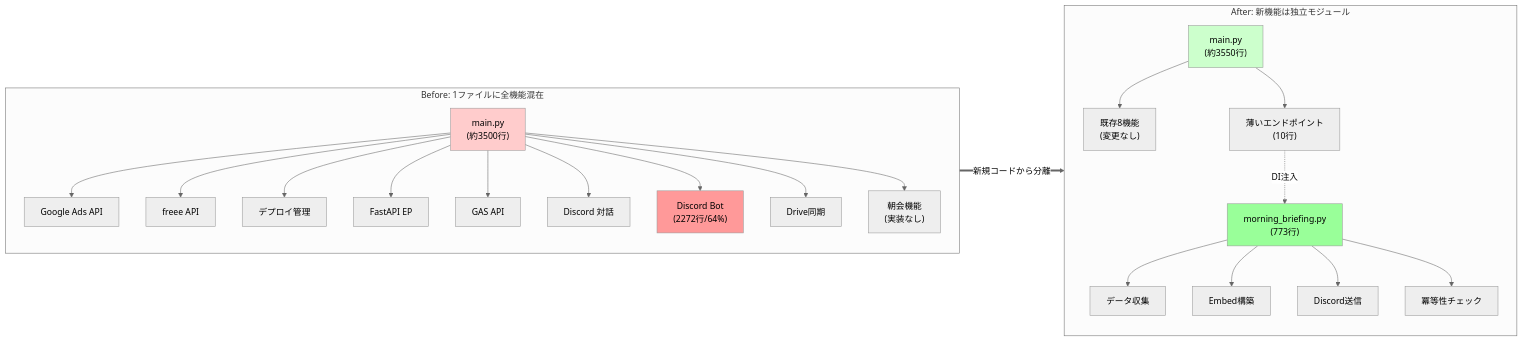
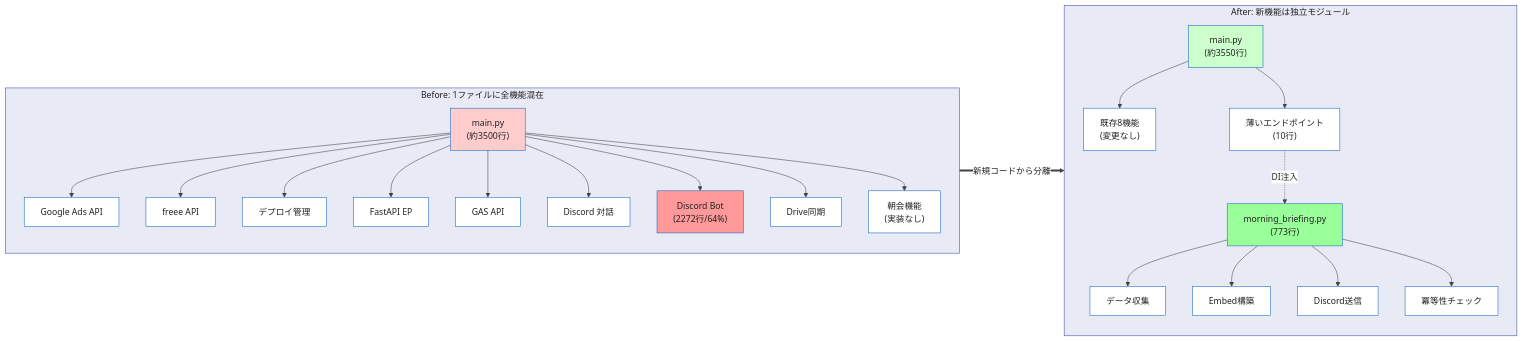
Before and after one commit to correlate000/public-zenn-docs: the second of 2 diagrams in articles/python-module-splitting.md, drawn with Mermaid. The commit also changed other lines of this file and 10 other files, not shown here.

First line of the commit message:
feat: Mermaid図にWCAG AA準拠の配色を適用

````diff
--- a/articles/python-module-splitting.md
+++ b/articles/python-module-splitting.md
@@ -183,38 +182,38 @@
 ```mermaid
-%%{init: {'theme':'neutral'}}%%
+%%{init: {'theme':'base', 'themeVariables': {'background':'#ffffff','mainBkg':'#ffffff','primaryColor':'#e3f2fd','primaryTextColor':'#212121','primaryBorderColor':'#1565c0','secondaryColor':'#fff3e0','secondaryTextColor':'#212121','secondaryBorderColor':'#f57c00','tertiaryColor':'#f5f5f5','tertiaryTextColor':'#212121','tertiaryBorderColor':'#616161','lineColor':'#424242','textColor':'#212121','nodeBorder':'#1565c0','clusterBkg':'#e8eaf6','clusterBorder':'#3949ab','titleColor':'#212121','edgeLabelBackground':'#ffffff','nodeTextColor':'#212121'}}}%%
 flowchart LR
     subgraph Before["Before: 1ファイルに全機能混在"]
         A["main.py<br/>(約3500行)"]
         A --> B1["Google Ads API"]
         A --> B2["freee API"]
         A --> B3["デプロイ管理"]
         A --> B4["FastAPI EP"]
         A --> B5["GAS API"]
         A --> B6["Discord 対話"]
         A --> B7["Discord Bot<br/>(2272行/64%)"]
         A --> B8["Drive同期"]
         A --> B9["朝会機能<br/>(実装なし)"]
 
         style A fill:#ffcccc
         style B7 fill:#ff9999
     end
 
     subgraph After["After: 新機能は独立モジュール"]
         C["main.py<br/>(約3550行)"]
         D["morning_briefing.py<br/>(773行)"]
 
         C --> E1["既存8機能<br/>(変更なし)"]
         C --> E2["薄いエンドポイント<br/>(10行)"]
         E2 -.DI注入.-> D
 
         D --> F1["データ収集"]
         D --> F2["Embed構築"]
         D --> F3["Discord送信"]
         D --> F4["冪等性チェック"]
 
         style C fill:#ccffcc
         style D fill:#99ff99
     end
 
     Before ==> |"新規コードから分離"| After
 ```
````
